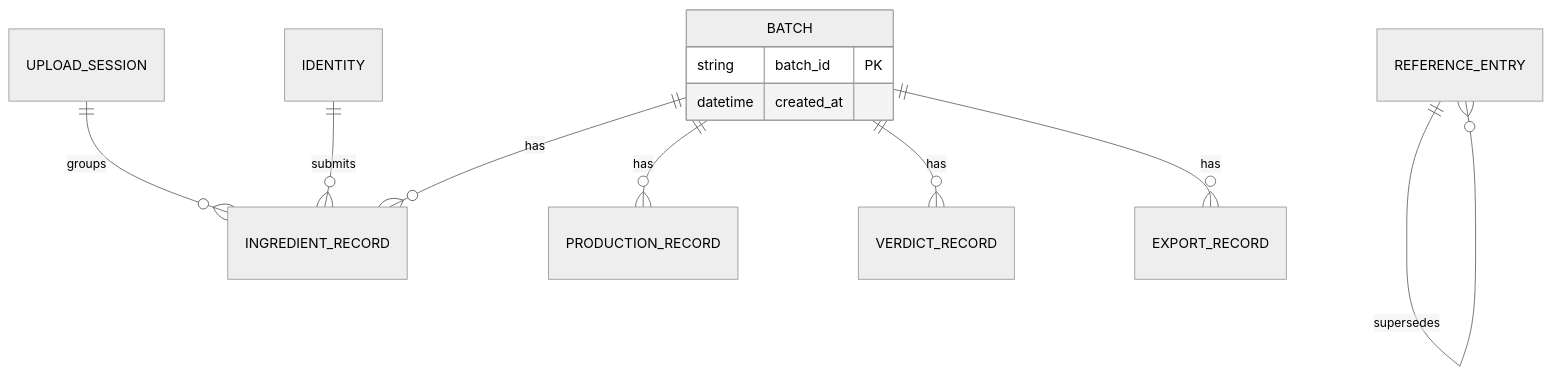
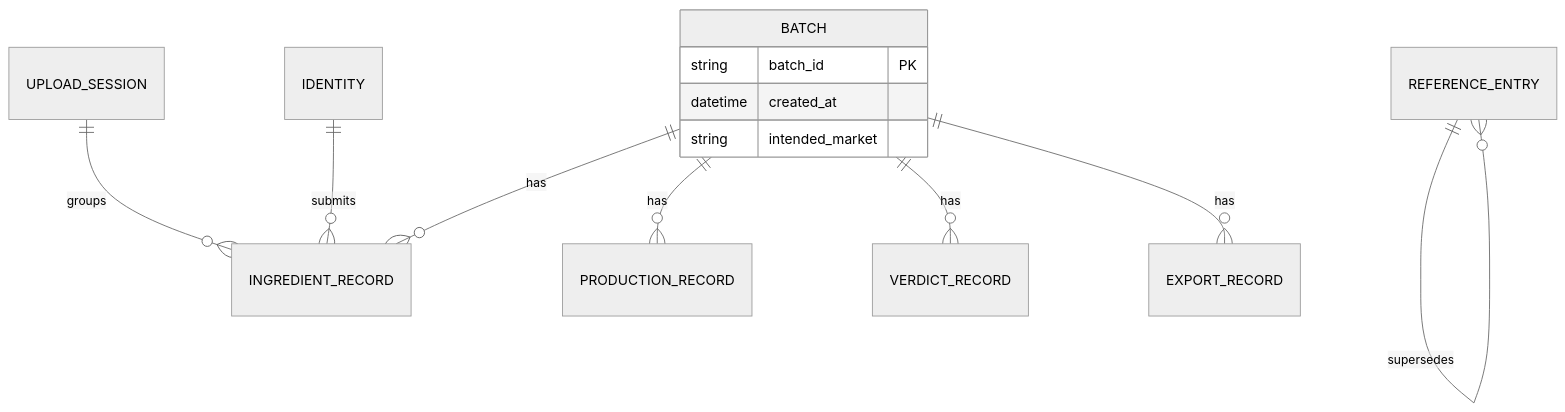
One commit to nadyapribadi/HalCheck changed the diagram in docs/04_trd.md. Above: the diagram before and after it, drawn with Mermaid (neutral theme). The commit also changed other lines of this file and 32 other files, not shown here.

````diff
--- a/docs/04_trd.md
+++ b/docs/04_trd.md
@@ -68,15 +72,16 @@
 ```mermaid
 erDiagram
     BATCH ||--o{ INGREDIENT_RECORD : has
     BATCH ||--o{ PRODUCTION_RECORD : has
     BATCH ||--o{ VERDICT_RECORD : has
     BATCH ||--o{ EXPORT_RECORD : has
     UPLOAD_SESSION ||--o{ INGREDIENT_RECORD : groups
     REFERENCE_ENTRY ||--o{ REFERENCE_ENTRY : supersedes
     IDENTITY ||--o{ INGREDIENT_RECORD : submits
 
     BATCH {
         string batch_id PK
         datetime created_at
+        string intended_market
     }
 ```
````
